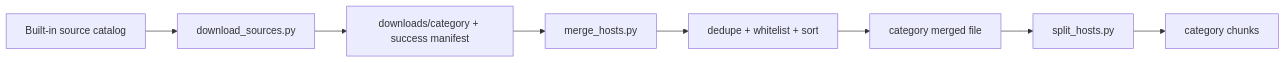
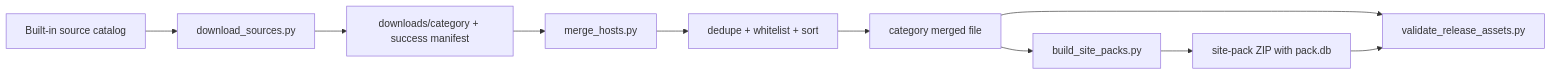
The diagram in README.md (Linea-Software/ace-hosts), drawn with Mermaid before and after one commit. The commit also changed other lines of this file and 15 other files, not shown here.

Commit message:
feat(releases): publish unsplit site packs

````diff
--- a/README.md
+++ b/README.md
@@ -124,10 +123,12 @@
 ```mermaid
 flowchart LR
     A[Built-in source catalog] --> B[download_sources.py]
     B --> C[downloads/category + success manifest]
     C --> D[merge_hosts.py]
     D --> E[dedupe + whitelist + sort]
     E --> F[category merged file]
-    F --> G[split_hosts.py]
-    G --> H[category chunks]
+    F --> G[build_site_packs.py]
+    G --> H[site-pack ZIP with pack.db]
+    F --> I[validate_release_assets.py]
+    H --> I
 ```
````
